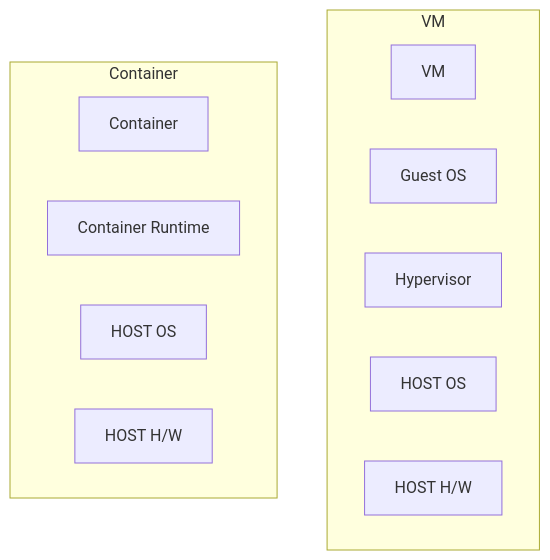
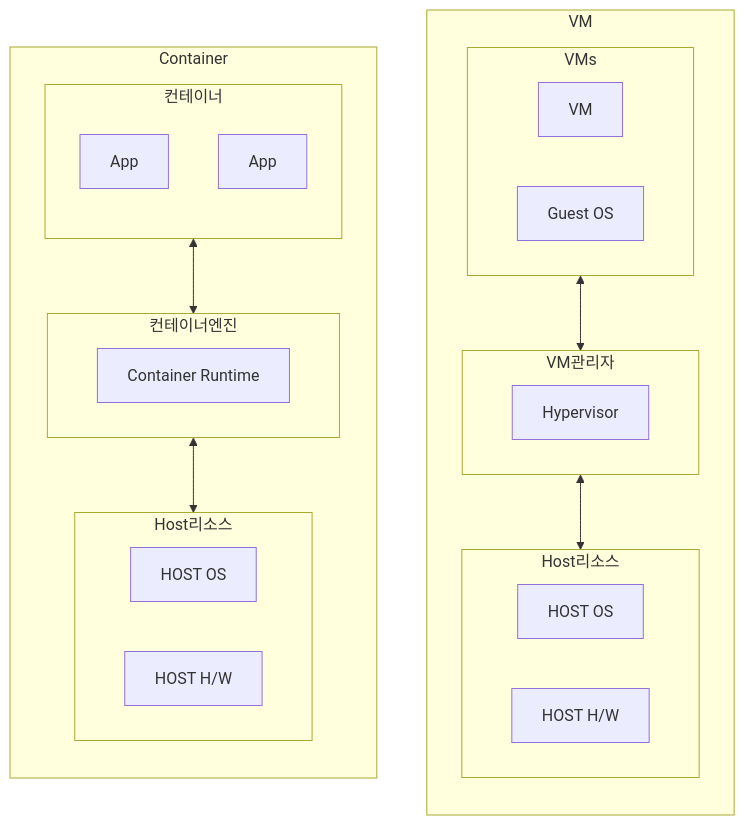
One commit to gracefullight/gracefullight.github.io changed the second of 2 diagrams in blog/pe/ca/vm-and-container.md. Above: the diagram before and after it, drawn with Mermaid. The commit also changed other lines of this file, not shown here.

Commit message:
docs(pe): 📚️ container

````diff
--- a/blog/pe/ca/vm-and-container.md
+++ b/blog/pe/ca/vm-and-container.md
@@ -27,19 +27,45 @@
 ```mermaid
 graph TB
   subgraph VM0["VM"]
-    direction LR
-    VM
-    GuestOS["Guest OS"]
-    Hypervisor
-    HostOS0["HOST OS"]
-    HostHW0["HOST H/W"]
+    direction TB
+    subgraph VMs
+      direction LR
+      VM
+      GuestOS["Guest OS"]
+    end
+
+    subgraph VM관리자
+      direction LR
+      Hypervisor
+    end
+
+    subgraph Host리소스
+      direction LR
+      HostOS0["HOST OS"]
+      HostHW0["HOST H/W"]
+    end
+
+    VMs <--> VM관리자 <--> Host리소스
   end
 
   subgraph container0["Container"]
-    direction LR
-    Container
-    ContainerRuntime["Container Runtime"]
-    HostOS["HOST OS"]
-    HostHW["HOST H/W"]
+    direction TB
+    subgraph 컨테이너
+      direction TB
+      App1[App]
+      App2[App]
+    end
+
+    subgraph 컨테이너엔진
+      ContainerRuntime["Container Runtime"]
+    end
+
+    subgraph Host리소스2["Host리소스"]
+      direction LR
+      HostOS["HOST OS"]
+      HostHW["HOST H/W"]
+    end
+
+    컨테이너 <--> 컨테이너엔진 <--> Host리소스2
   end
 ```
````
